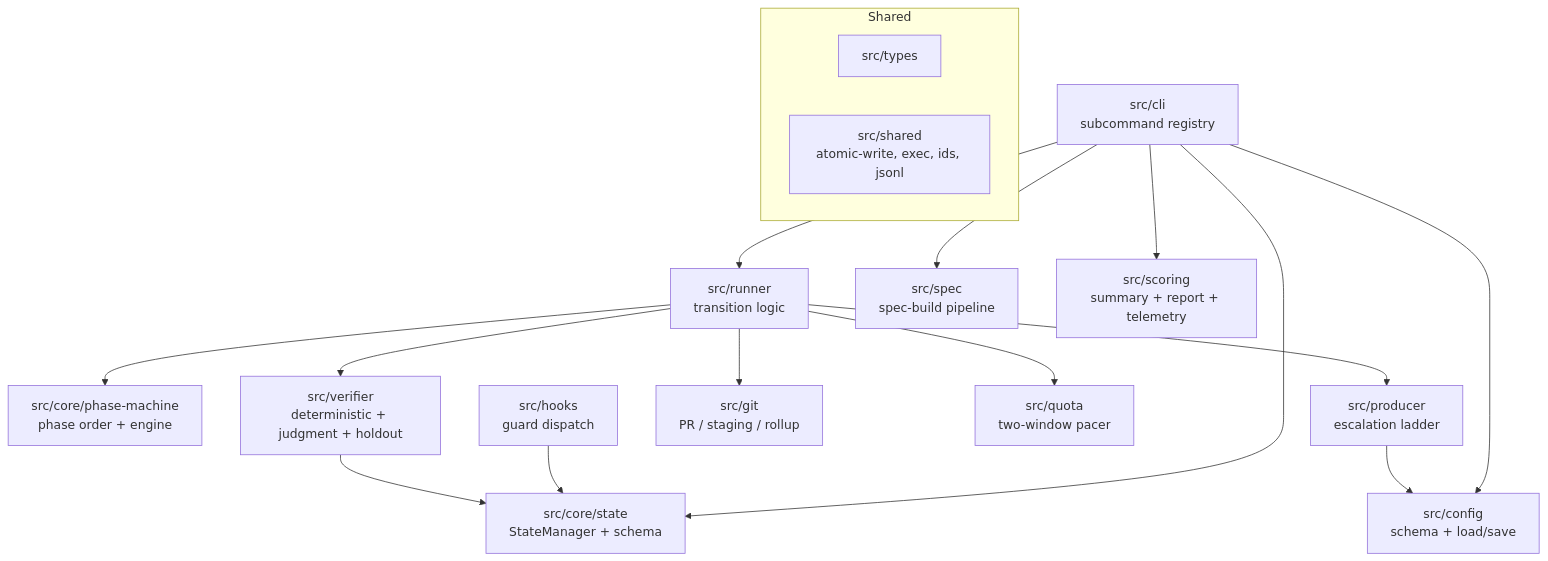
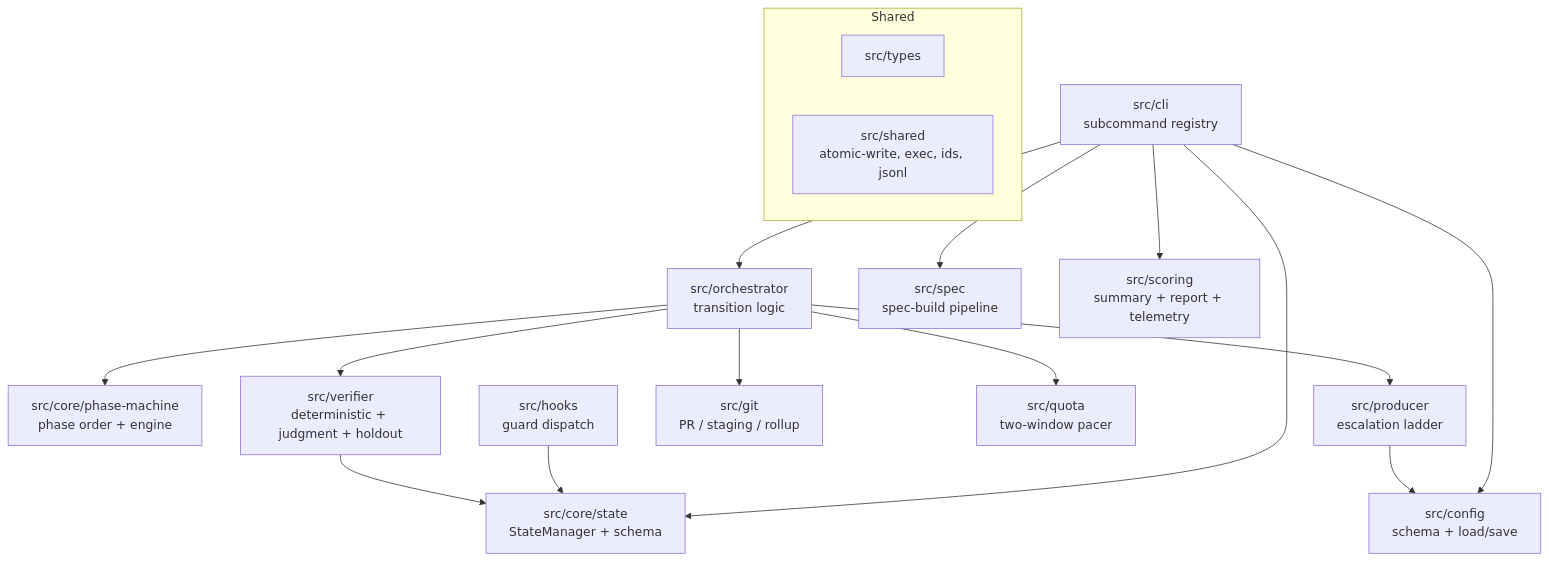
One commit to jfa94/factory changed the diagram in docs/architecture/components.md. Above: the diagram before and after it, drawn with Mermaid. The commit also changed other lines of this file and 35 other files, not shown here.

````diff
--- a/docs/architecture/components.md
+++ b/docs/architecture/components.md
@@ -7,20 +7,20 @@
 ```mermaid
 graph TD
-  CLI[src/cli<br/>subcommand registry] --> Runner[src/runner<br/>transition logic]
+  CLI[src/cli<br/>subcommand registry] --> Orch[src/orchestrator<br/>transition logic]
   CLI --> State[src/core/state<br/>StateManager + schema]
-  Runner --> Phase[src/core/phase-machine<br/>phase order + engine]
-  Runner --> Producer[src/producer<br/>escalation ladder]
-  Runner --> Verifier[src/verifier<br/>deterministic + judgment + holdout]
-  Runner --> Git[src/git<br/>PR / staging / rollup]
-  Runner --> Quota[src/quota<br/>two-window pacer]
+  Orch --> Phase[src/core/phase-machine<br/>phase order + engine]
+  Orch --> Producer[src/producer<br/>escalation ladder]
+  Orch --> Verifier[src/verifier<br/>deterministic + judgment + holdout]
+  Orch --> Git[src/git<br/>PR / staging / rollup]
+  Orch --> Quota[src/quota<br/>two-window pacer]
   CLI --> Spec[src/spec<br/>spec-build pipeline]
   CLI --> Scoring[src/scoring<br/>summary + report + telemetry]
   CLI --> Config[src/config<br/>schema + load/save]
   Hooks[src/hooks<br/>guard dispatch] --> State
   Verifier --> State
   Producer --> Config
   subgraph Shared
     Types[src/types]
     Sh[src/shared<br/>atomic-write, exec, ids, jsonl]
   end
 ```
````
